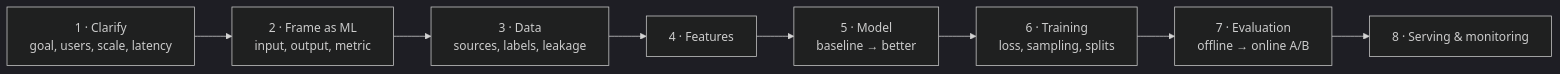
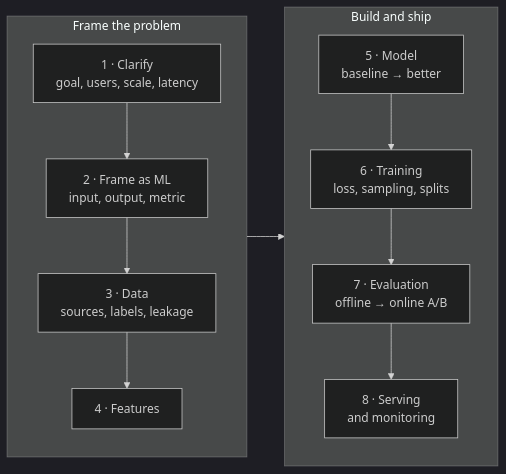
The diagram in docs/start/interview-playbook.md (rajan-021/AI-ML), drawn with Mermaid (dark theme) before and after one commit. The commit also changed 20 other files, not shown here.

First line of the commit message:
Make diagrams readable at the content width

````diff
--- a/docs/start/interview-playbook.md
+++ b/docs/start/interview-playbook.md
@@ -85,10 +85,16 @@
 ```mermaid
 flowchart LR
-    A["1 · Clarify<br/>goal, users, scale, latency"] --> B["2 · Frame as ML<br/>input, output, metric"]
-    B --> C["3 · Data<br/>sources, labels, leakage"]
-    C --> D["4 · Features"]
-    D --> E["5 · Model<br/>baseline → better"]
-    E --> F["6 · Training<br/>loss, sampling, splits"]
-    F --> G["7 · Evaluation<br/>offline → online A/B"]
-    G --> H["8 · Serving & monitoring"]
+    subgraph P1["Frame the problem"]
+        direction TB
+        A["1 · Clarify<br/>goal, users, scale, latency"] --> B["2 · Frame as ML<br/>input, output, metric"]
+        B --> C["3 · Data<br/>sources, labels, leakage"]
+        C --> D["4 · Features"]
+    end
+    subgraph P2["Build and ship"]
+        direction TB
+        E["5 · Model<br/>baseline → better"] --> F["6 · Training<br/>loss, sampling, splits"]
+        F --> G["7 · Evaluation<br/>offline → online A/B"]
+        G --> H["8 · Serving<br/>and monitoring"]
+    end
+    P1 --> P2
 ```
````
